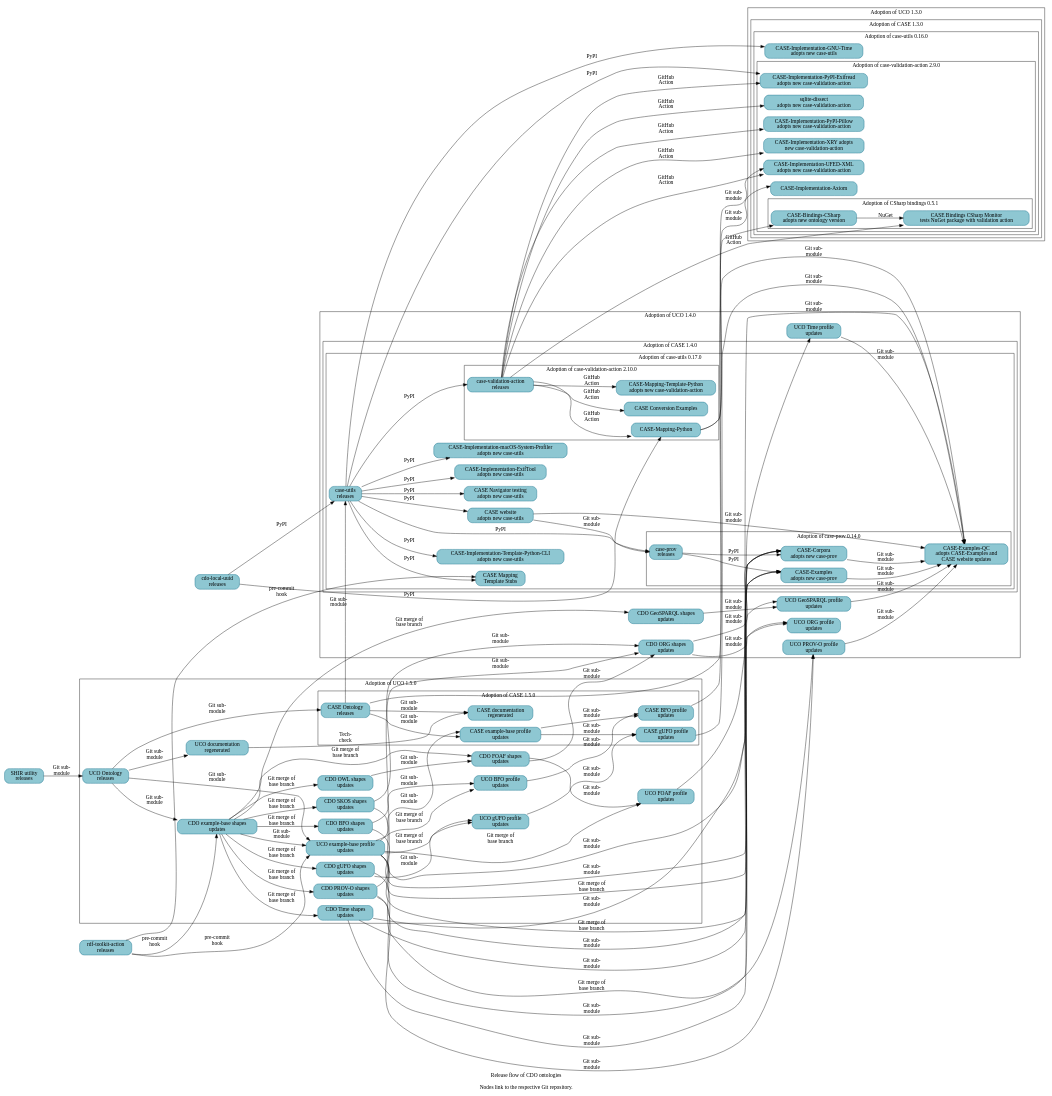
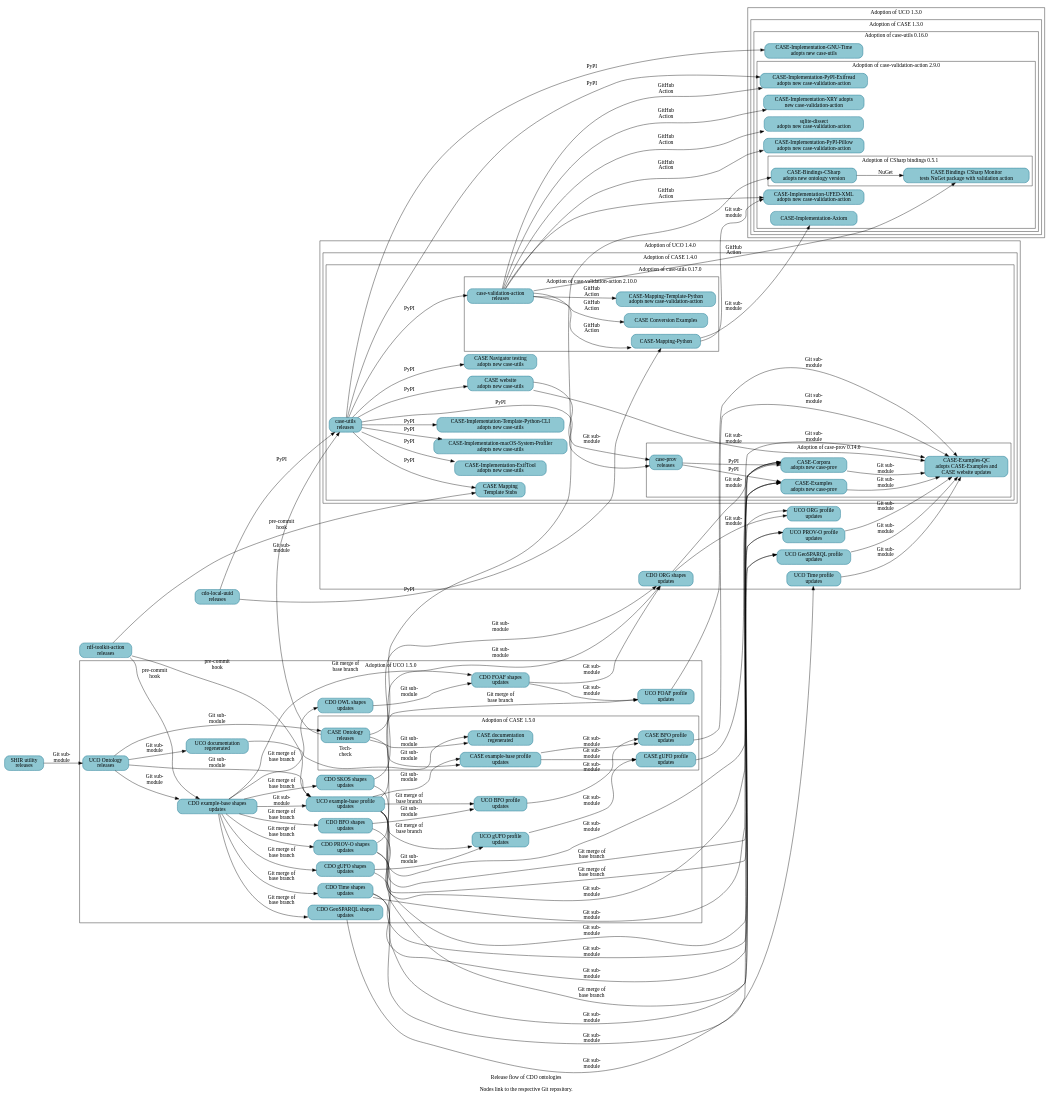
The diagram in resources/project_release_flow.dot (Cyber-Domain-Ontology/cdo.github.io), drawn with Graphviz before and after one commit. The commit also changed other lines of this file, not shown here.

```diff
--- a/resources/project_release_flow.dot
+++ b/resources/project_release_flow.dot
@@ -42,7 +42,6 @@
   subgraph cluster_uco_1_4_0 {
     label = "Adoption of UCO 1.4.0" ;
 
-    _GH__CYBER_DOMAIN_ONTOLOGY__CDO_SHAPES_GEOSPARQL [URL="https://github.com/Cyber-Domain-Ontology/CDO-Shapes-GeoSPARQL" label="CDO GeoSPARQL shapes\nupdates"] ;
     _GH__CYBER_DOMAIN_ONTOLOGY__CDO_SHAPES_ORG [URL="https://github.com/Cyber-Domain-Ontology/CDO-Shapes-ORG" label="CDO ORG shapes\nupdates"] ;
     _GH__UCOPROJECT__UCO_PROFILE_GEOSPARQL [URL="https://github.com/ucoProject/UCO-Profile-GeoSPARQL" label="UCO GeoSPARQL profile\nupdates"] ;
     _GH__UCOPROJECT__UCO_PROFILE_ORG [URL="https://github.com/ucoProject/UCO-Profile-ORG" label="UCO ORG profile\nupdates"] ;
@@ -90,6 +89,7 @@
     _GH__CYBER_DOMAIN_ONTOLOGY__CDO_SHAPES_BFO [URL="https://github.com/Cyber-Domain-Ontology/CDO-Shapes-BFO" label="CDO BFO shapes\nupdates"] ;
     _GH__CYBER_DOMAIN_ONTOLOGY__CDO_SHAPES_EXAMPLE [URL="https://github.com/Cyber-Domain-Ontology/CDO-Shapes-Example" label="CDO example-base shapes\nupdates"] ;
     _GH__CYBER_DOMAIN_ONTOLOGY__CDO_SHAPES_FOAF [URL="https://github.com/Cyber-Domain-Ontology/CDO-Shapes-FOAF" label="CDO FOAF shapes\nupdates"] ;
+    _GH__CYBER_DOMAIN_ONTOLOGY__CDO_SHAPES_GEOSPARQL [URL="https://github.com/Cyber-Domain-Ontology/CDO-Shapes-GeoSPARQL" label="CDO GeoSPARQL shapes\nupdates"] ;
     _GH__CYBER_DOMAIN_ONTOLOGY__CDO_SHAPES_GUFO [URL="https://github.com/Cyber-Domain-Ontology/CDO-Shapes-gufo" label="CDO gUFO shapes\nupdates"] ;
     _GH__CYBER_DOMAIN_ONTOLOGY__CDO_SHAPES_OWL [URL="https://github.com/Cyber-Domain-Ontology/CDO-Shapes-OWL" label="CDO OWL shapes\nupdates"] ;
     _GH__CYBER_DOMAIN_ONTOLOGY__CDO_SHAPES_PROV_O [URL="https://github.com/Cyber-Domain-Ontology/CDO-Shapes-PROV-O" label="CDO PROV-O shapes\nupdates"] ;
```
